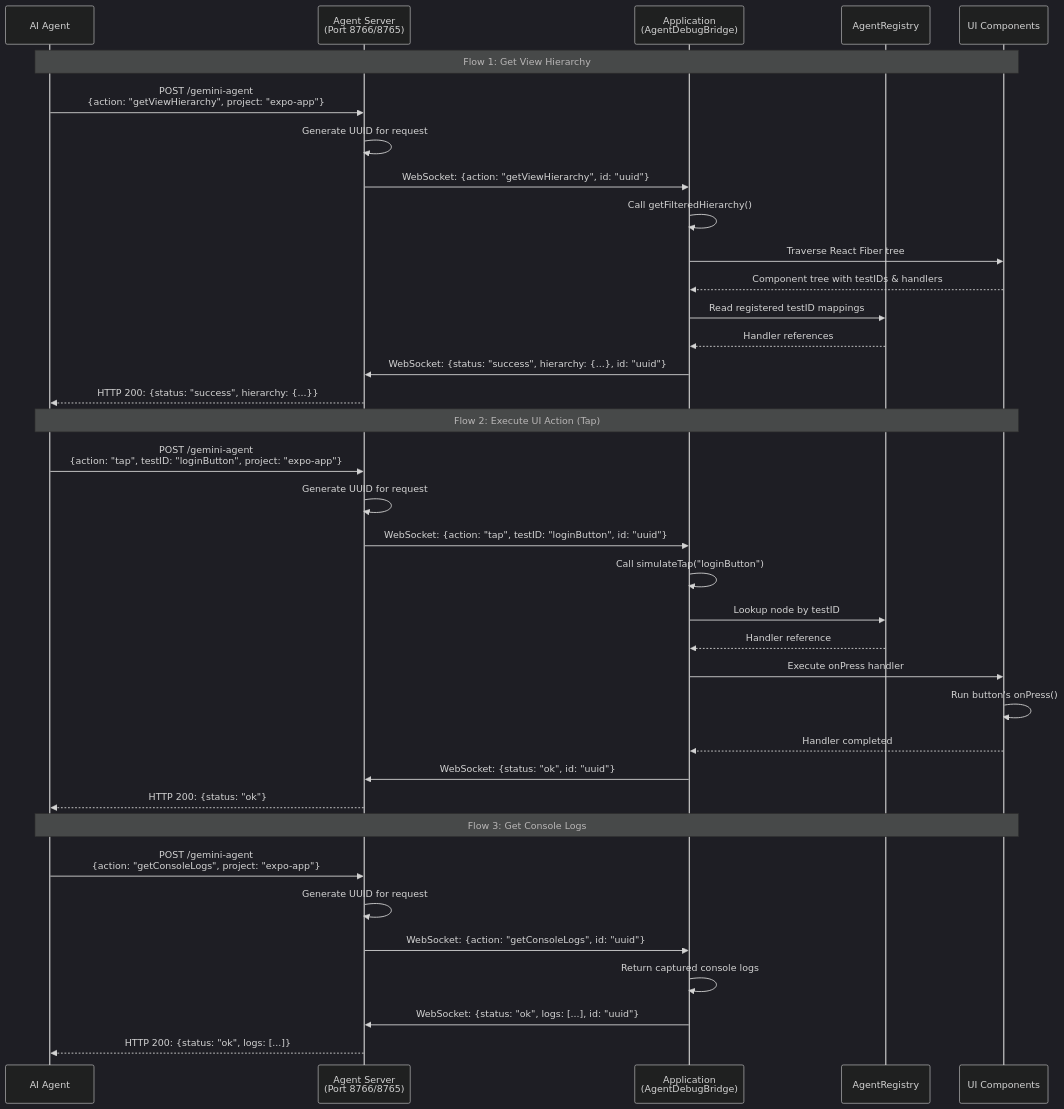
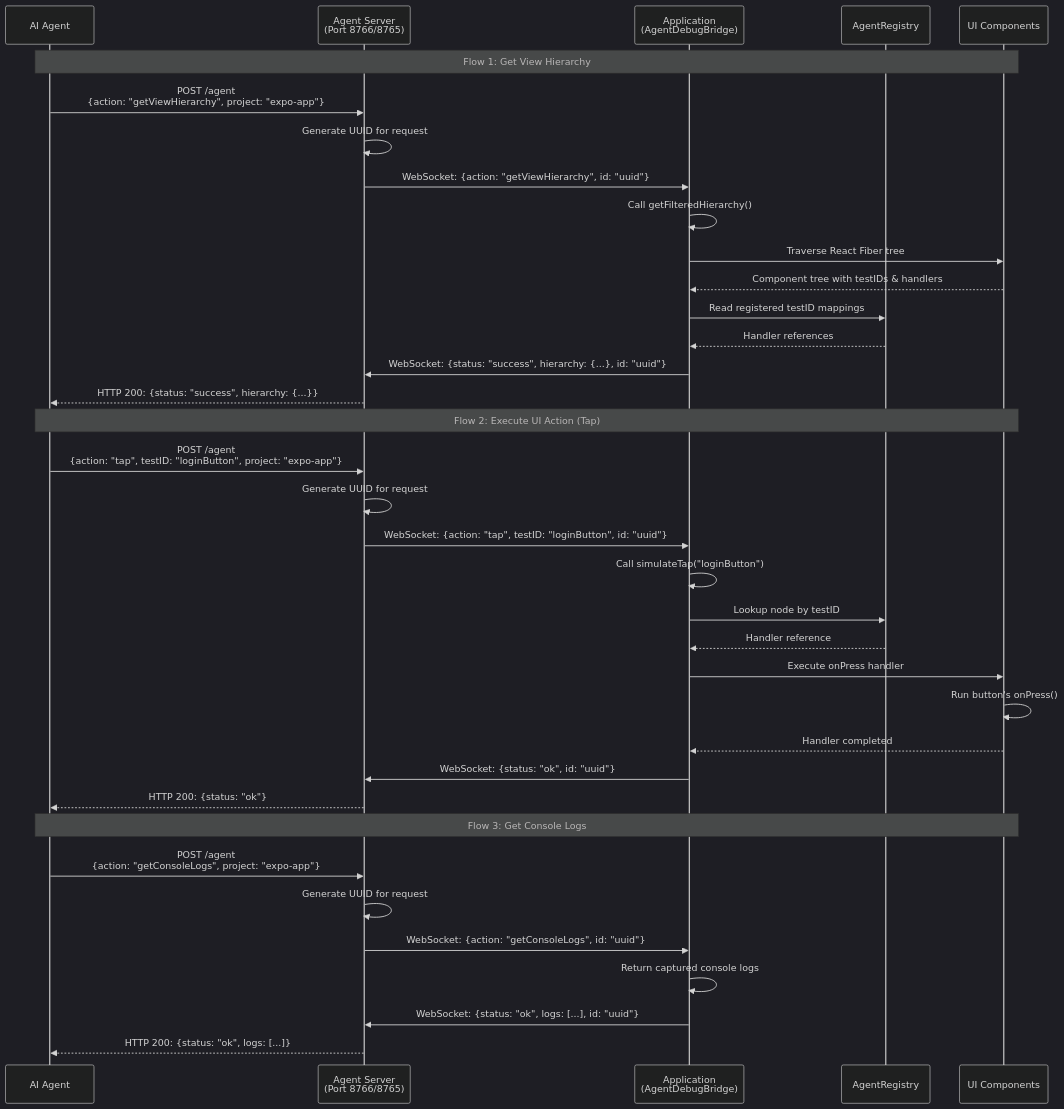
Before and after one commit to agenteract/agenteract: the third of 9 diagrams in docs/ARCHITECTURE.md, drawn with Mermaid (dark theme). The commit also changed other lines of this file and 6 other files, not shown here.

````diff
--- a/docs/ARCHITECTURE.md
+++ b/docs/ARCHITECTURE.md
@@ -207,41 +207,41 @@
 ```mermaid
 sequenceDiagram
     participant Agent as AI Agent
     participant Server as Agent Server<br/>(Port 8766/8765)
     participant App as Application<br/>(AgentDebugBridge)
     participant Registry as AgentRegistry
     participant UI as UI Components
 
     Note over Agent,UI: Flow 1: Get View Hierarchy
-    Agent->>Server: POST /gemini-agent<br/>{action: "getViewHierarchy", project: "expo-app"}
+    Agent->>Server: POST /agent<br/>{action: "getViewHierarchy", project: "expo-app"}
     Server->>Server: Generate UUID for request
     Server->>App: WebSocket: {action: "getViewHierarchy", id: "uuid"}
     App->>App: Call getFilteredHierarchy()
     App->>UI: Traverse React Fiber tree
     UI-->>App: Component tree with testIDs & handlers
     App->>Registry: Read registered testID mappings
     Registry-->>App: Handler references
     App->>Server: WebSocket: {status: "success", hierarchy: {...}, id: "uuid"}
     Server-->>Agent: HTTP 200: {status: "success", hierarchy: {...}}
 
     Note over Agent,UI: Flow 2: Execute UI Action (Tap)
-    Agent->>Server: POST /gemini-agent<br/>{action: "tap", testID: "loginButton", project: "expo-app"}
+    Agent->>Server: POST /agent<br/>{action: "tap", testID: "loginButton", project: "expo-app"}
     Server->>Server: Generate UUID for request
     Server->>App: WebSocket: {action: "tap", testID: "loginButton", id: "uuid"}
     App->>App: Call simulateTap("loginButton")
     App->>Registry: Lookup node by testID
     Registry-->>App: Handler reference
     App->>UI: Execute onPress handler
     UI->>UI: Run button's onPress()
     UI-->>App: Handler completed
     App->>Server: WebSocket: {status: "ok", id: "uuid"}
     Server-->>Agent: HTTP 200: {status: "ok"}
 
     Note over Agent,UI: Flow 3: Get Console Logs
-    Agent->>Server: POST /gemini-agent<br/>{action: "getConsoleLogs", project: "expo-app"}
+    Agent->>Server: POST /agent<br/>{action: "getConsoleLogs", project: "expo-app"}
     Server->>Server: Generate UUID for request
     Server->>App: WebSocket: {action: "getConsoleLogs", id: "uuid"}
     App->>App: Return captured console logs
     App->>Server: WebSocket: {status: "ok", logs: [...], id: "uuid"}
     Server-->>Agent: HTTP 200: {status: "ok", logs: [...]}
 ```
````
